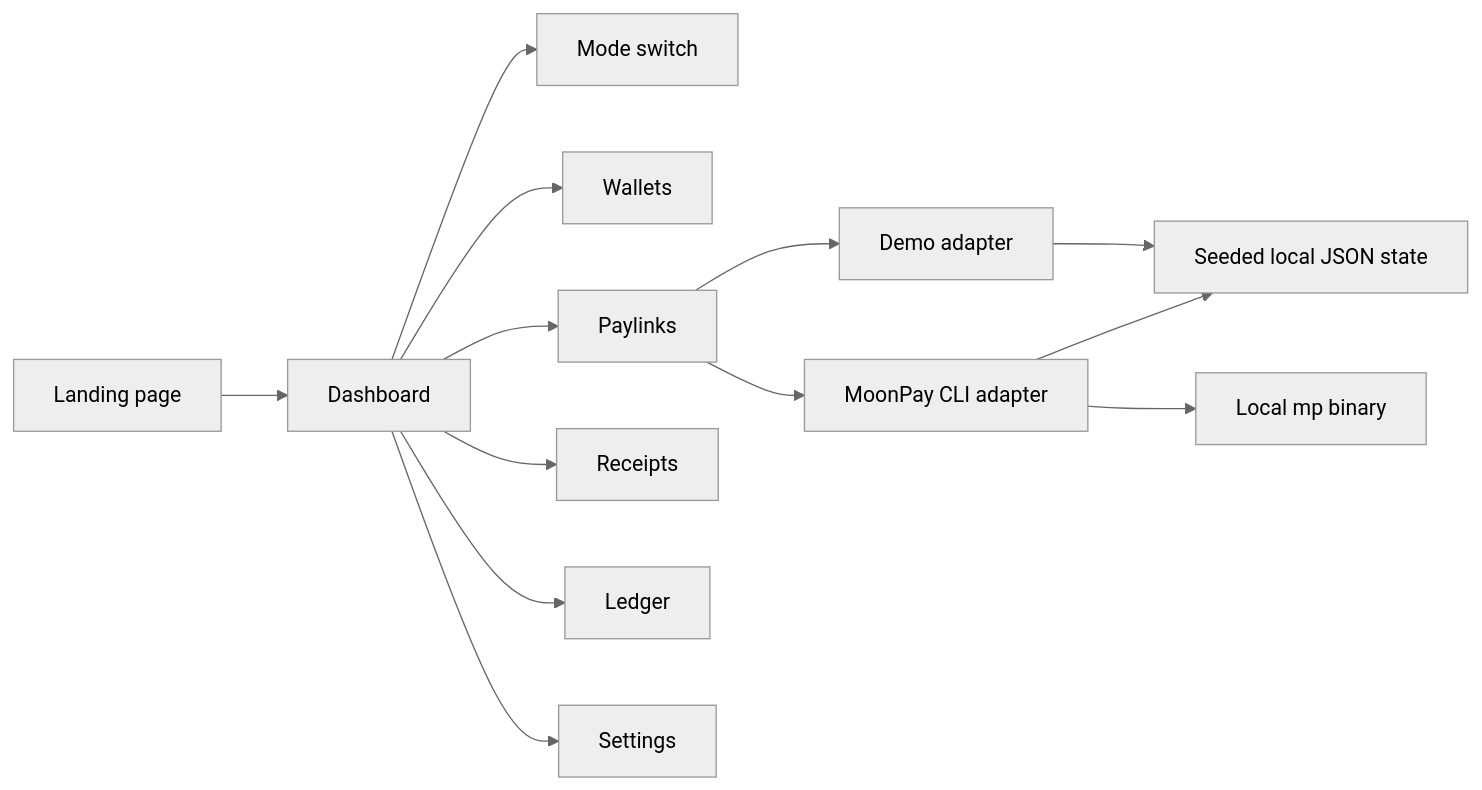
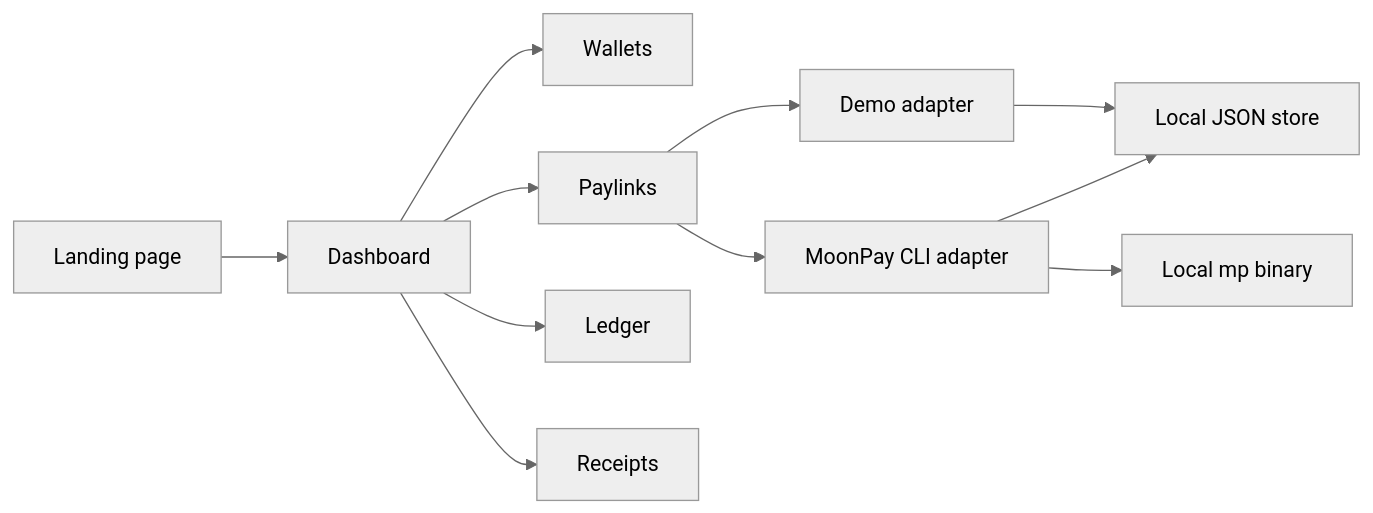
Before and after one commit to p0s/PaylinkOps: the diagram in README.md, drawn with Mermaid (neutral theme). The commit also changed other lines of this file and 11 other files, not shown here.

````diff
--- a/README.md
+++ b/README.md
@@ -67,15 +47,13 @@
 ```mermaid
 flowchart LR
-  A["Landing page"] --> B["Dashboard"]
-  B --> C["Mode switch"]
-  B --> D["Wallets"]
-  B --> E["Paylinks"]
-  B --> F["Receipts"]
-  B --> G["Ledger"]
-  B --> H["Settings"]
-  E --> I["Demo adapter"]
-  E --> J["MoonPay CLI adapter"]
-  J --> K["Local mp binary"]
-  I --> L["Seeded local JSON state"]
-  J --> L
+  Landing["Landing page"] --> Dashboard["Dashboard"]
+  Dashboard --> Wallets["Wallets"]
+  Dashboard --> Paylinks["Paylinks"]
+  Dashboard --> Ledger["Ledger"]
+  Dashboard --> Receipts["Receipts"]
+  Paylinks --> Demo["Demo adapter"]
+  Paylinks --> CLI["MoonPay CLI adapter"]
+  CLI --> MP["Local mp binary"]
+  Demo --> Store["Local JSON store"]
+  CLI --> Store
 ```
````
